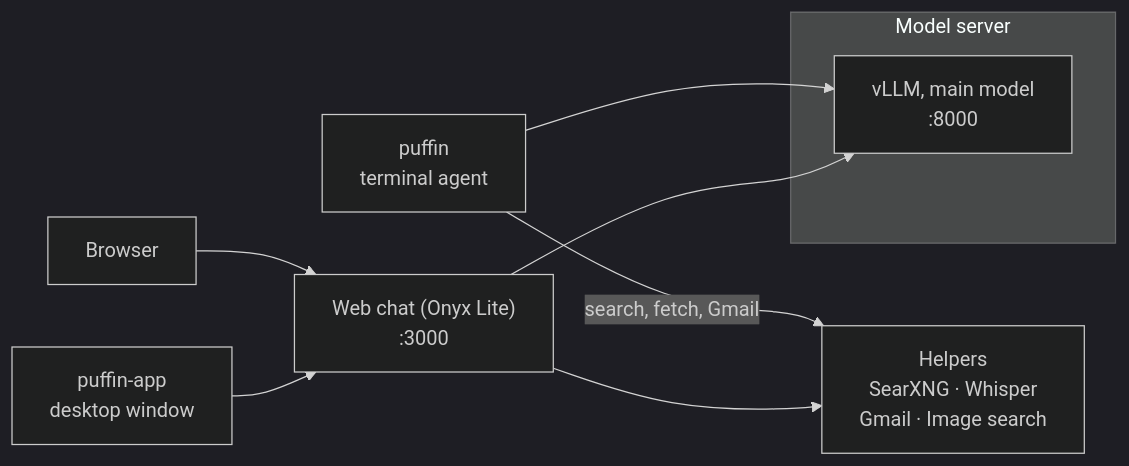
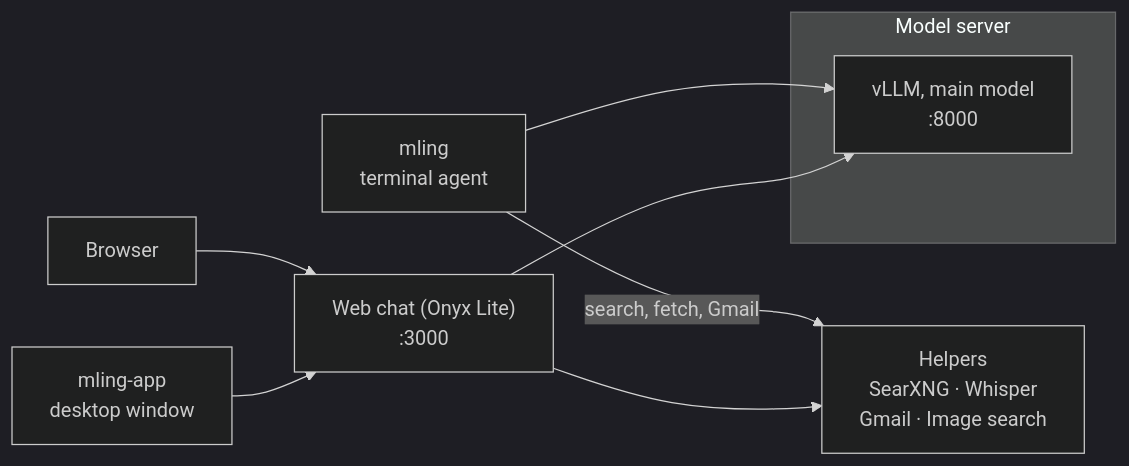
One commit to dreamference/mightling changed the first of 2 diagrams in docs/architecture.md. Above: the diagram before and after it, drawn with Mermaid (dark theme). The commit also changed other lines of this file and 606 other files, not shown here.

Commit message:
Rename Puffin to Mightling: commands mling and mling-admin, home ~/.mightling, settings mightling_*, crates and folders mling-*, logos, docs and specs; the 1.4.x transition (puffin-* release assets, one-time migration in the launcher and in mling-admin)

````diff
--- a/docs/architecture.md
+++ b/docs/architecture.md
@@ -9,17 +9,17 @@
 ```mermaid
 flowchart LR
-    T["puffin<br/>terminal agent"]
+    T["mling<br/>terminal agent"]
     B["Browser"]
-    D["puffin-app<br/>desktop window"]
+    D["mling-app<br/>desktop window"]
     O["Web chat (Onyx Lite)<br/>:3000"]
     H["Helpers<br/>SearXNG · Whisper<br/>Gmail · Image search"]
     subgraph models["Model server"]
         V["vLLM, main model<br/>:8000"]
     end
     T --> V
     T -- "search, fetch, Gmail" --> H
     B --> O
     D --> O
     O --> V
     O --> H
 ```
````
